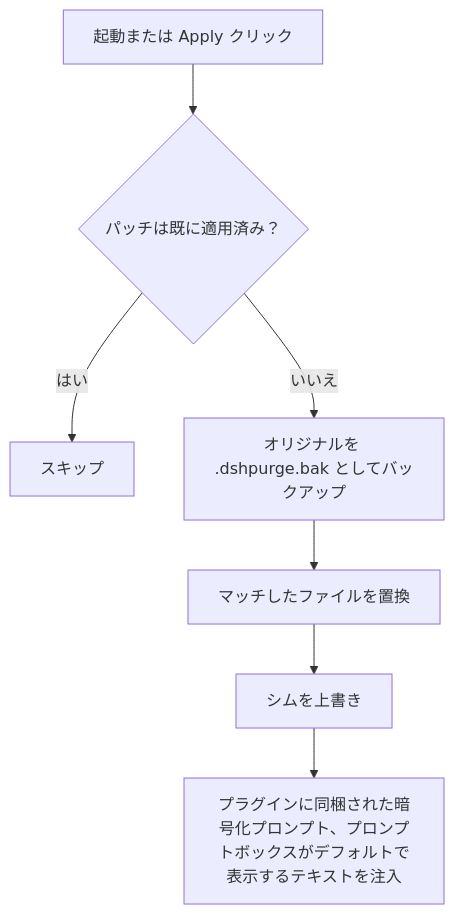
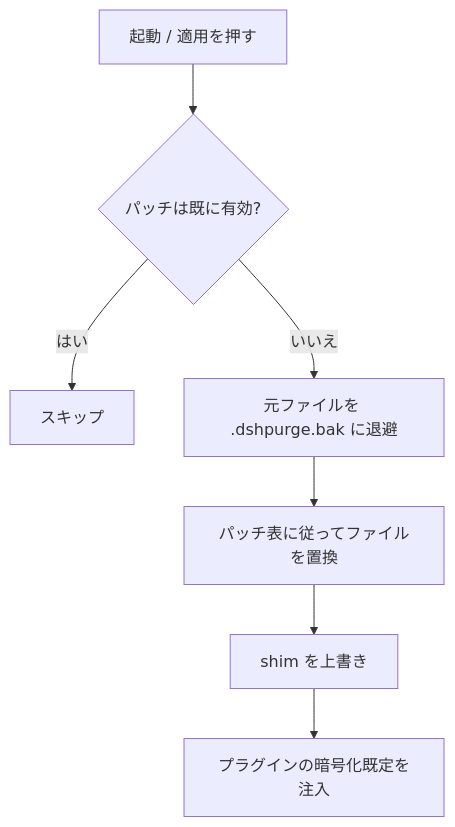
Before and after one commit to L1daye/dsh-purge-nolimit: the first of 2 diagrams in README.ja.md, drawn with Mermaid. The commit also changed other lines of this file and 4 other files, not shown here.

````diff
--- a/README.ja.md
+++ b/README.ja.md
@@ -502,9 +492,9 @@
 ```mermaid
 flowchart TD
-  A["起動または Apply クリック"] --> B{"パッチは既に適用済み？"}
+  A["起動 / 適用を押す"] --> B{"パッチは既に有効?"}
   B -->|はい| C["スキップ"]
-  B -->|いいえ| D["オリジナルを .dshpurge.bak としてバックアップ"]
-  D --> E["マッチしたファイルを置換"]
-  E --> F["シムを上書き"]
-  F --> G["プラグインに同梱された暗号化プロンプト、プロンプトボックスがデフォルトで表示するテキストを注入"]
+  B -->|いいえ| D["元ファイルを .dshpurge.bak に退避"]
+  D --> E["パッチ表に従ってファイルを置換"]
+  E --> F["shim を上書き"]
+  F --> G["プラグインの暗号化既定を注入"]
 ```
````
